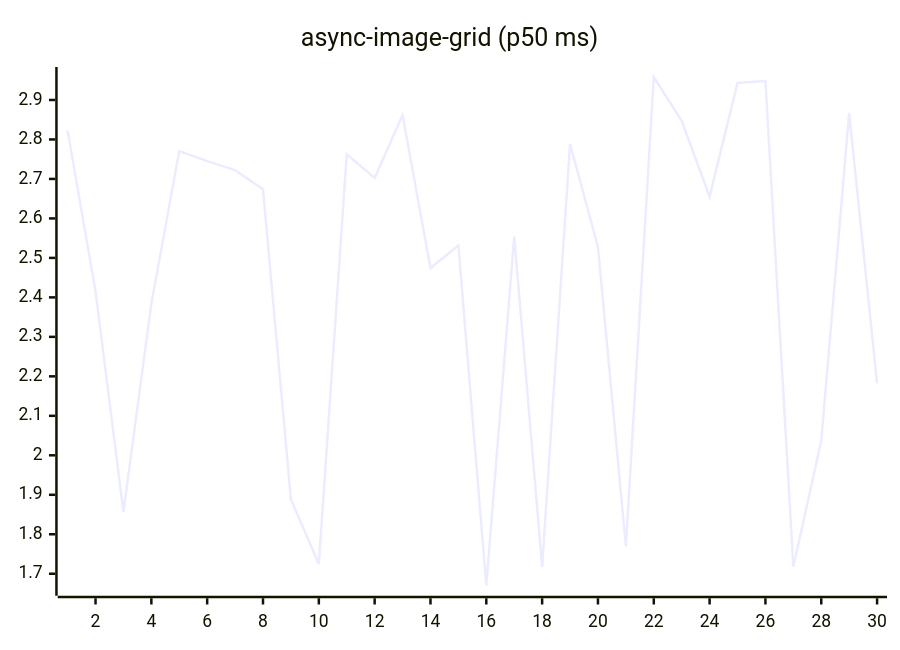
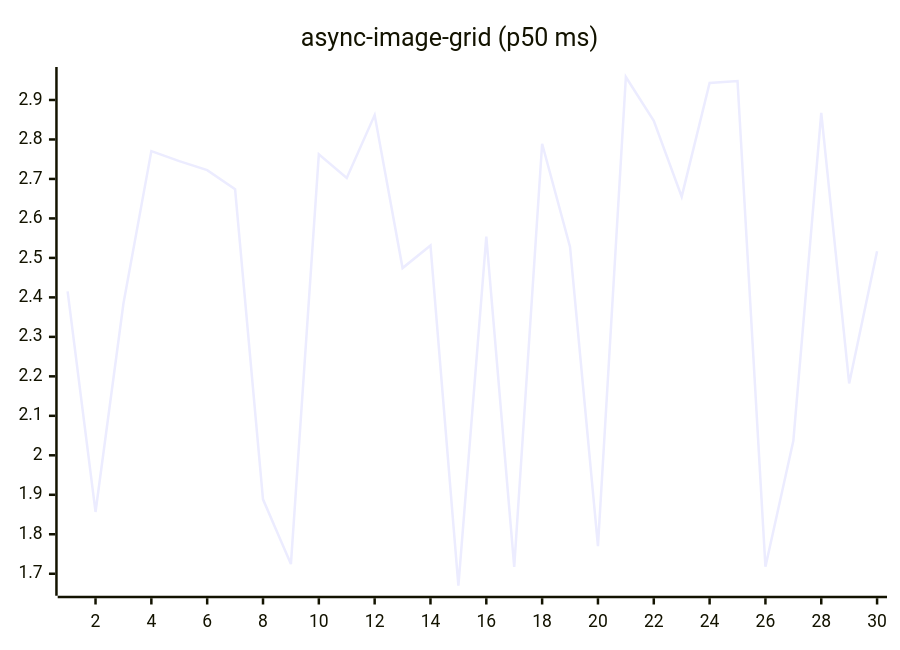
Before and after one commit to josha/Facet: the fifth of 27 diagrams in README.md, drawn with Mermaid. The commit also changed other lines of this file and 2 other files, not shown here.

````diff
--- a/README.md
+++ b/README.md
@@ -91,6 +91,6 @@
 ```mermaid
 xychart-beta
     title "async-image-grid (p50 ms)"
     x-axis 1 --> 30
-    line [2.8223, 2.4153, 1.8565, 2.3845, 2.7705, 2.7451, 2.7222, 2.6737, 1.8884, 1.7244, 2.7624, 2.7026, 2.8617, 2.4742, 2.5316, 1.6696, 2.5539, 1.7175, 2.7892, 2.5277, 1.7701, 2.9582, 2.8471, 2.6552, 2.9433, 2.9481, 1.7177, 2.0365, 2.8674, 2.1819]
+    line [2.4153, 1.8565, 2.3845, 2.7705, 2.7451, 2.7222, 2.6737, 1.8884, 1.7244, 2.7624, 2.7026, 2.8617, 2.4742, 2.5316, 1.6696, 2.5539, 1.7175, 2.7892, 2.5277, 1.7701, 2.9582, 2.8471, 2.6552, 2.9433, 2.9481, 1.7177, 2.0365, 2.8674, 2.1819, 2.5171]
 ```
````
